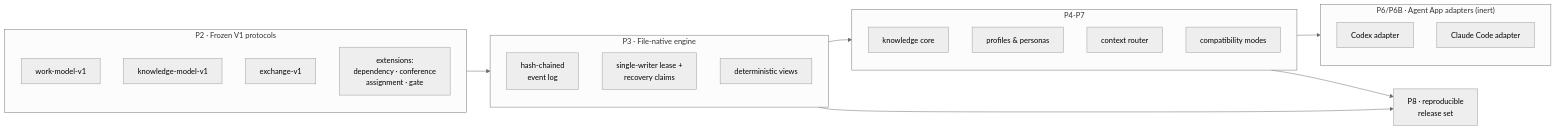
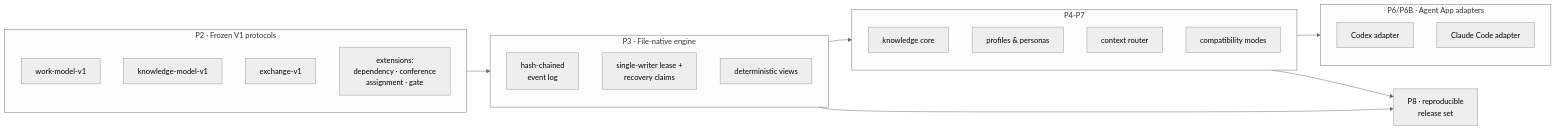
Before and after one commit to tpmoonchefryan/tcrn-workflow: the diagram in README.fr.md, drawn with Mermaid (neutral theme). The commit also changed other lines of this file and 6 other files, not shown here.

````diff
--- a/README.fr.md
+++ b/README.fr.md
@@ -111,28 +111,28 @@
 ```mermaid
 flowchart LR
     subgraph Protocols["P2 · Frozen V1 protocols"]
         WM[work-model-v1]
         KM[knowledge-model-v1]
         EX[exchange-v1]
         XT[extensions:<br/>dependency · conference<br/>assignment · gate]
     end
     subgraph Engine["P3 · File-native engine"]
         EV[hash-chained<br/>event log]
         LS[single-writer lease +<br/>recovery claims]
         VW[deterministic views]
     end
     subgraph Layers["P4-P7"]
         KC[knowledge core]
         PF[profiles & personas]
         CR[context router]
         CM[compatibility modes]
     end
-    subgraph Hosts["P6/P6B · Agent App adapters (inert)"]
+    subgraph Hosts["P6/P6B · Agent App adapters"]
         CX[Codex adapter]
         CL[Claude Code adapter]
     end
     REL[P8 · reproducible<br/>release set]
     Protocols --> Engine --> Layers --> Hosts
     Engine --> REL
     Layers --> REL
 ```
````
